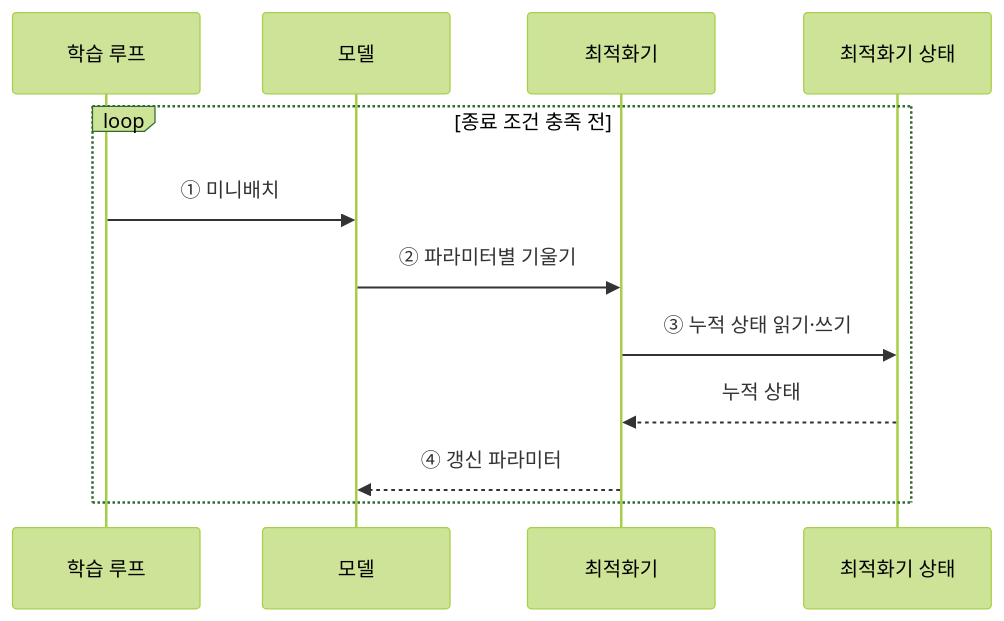
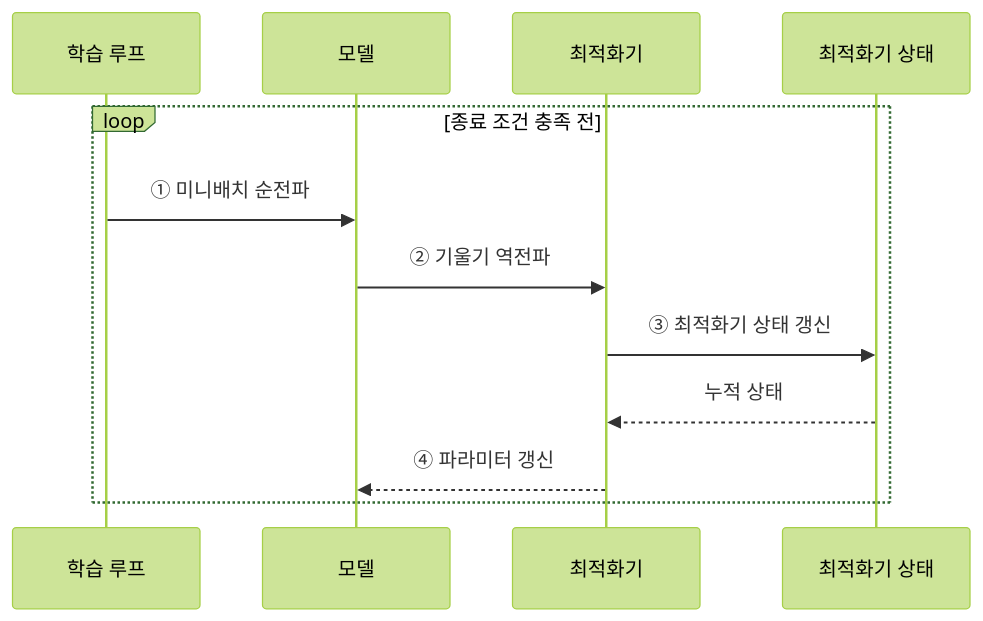
Before and after one commit to agnusdei1207/knowledge-base: the second of 2 diagrams in src/content/docs/notes/01-basic-theory/041_gradient_descent.md, drawn with Mermaid (forest theme). The commit also changed other lines of this file and 19 other files, not shown here.

````diff
--- a/src/content/docs/notes/01-basic-theory/041_gradient_descent.md
+++ b/src/content/docs/notes/01-basic-theory/041_gradient_descent.md
@@ -102,14 +92,14 @@
 ```mermaid
 sequenceDiagram
     participant L as 학습 루프
     participant M as 모델
     participant O as 최적화기
     participant S as 최적화기 상태
     loop 종료 조건 충족 전
-        L->>M: ① 미니배치
-        M->>O: ② 파라미터별 기울기
-        O->>S: ③ 누적 상태 읽기·쓰기
+        L->>M: ① 미니배치 순전파
+        M->>O: ② 기울기 역전파
+        O->>S: ③ 최적화기 상태 갱신
         S-->>O: 누적 상태
-        O-->>M: ④ 갱신 파라미터
+        O-->>M: ④ 파라미터 갱신
     end
 ```
````
